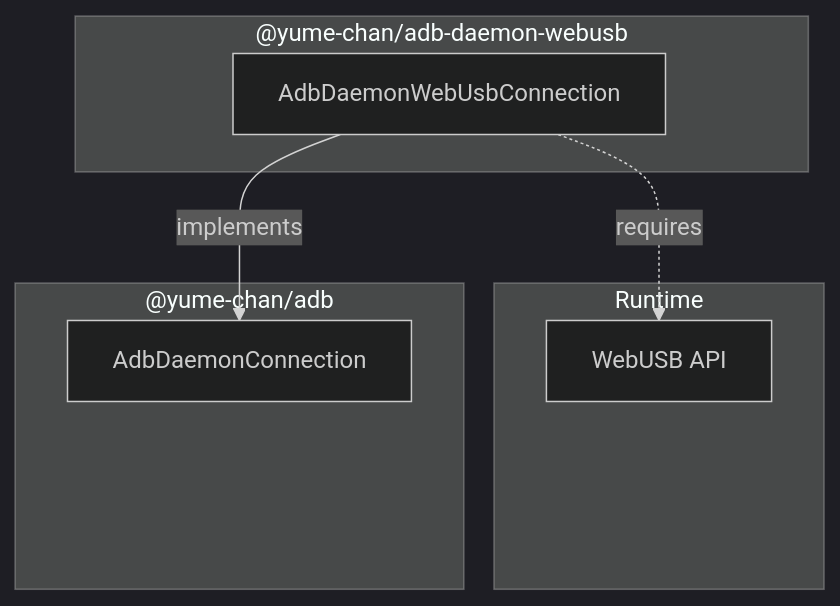
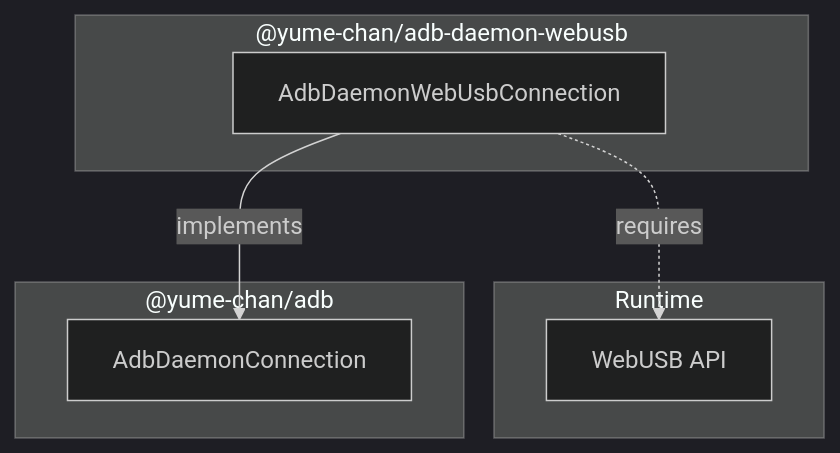
Before and after one commit to tango-adb/docs: the first of 3 diagrams in docs/tango/daemon/usb/index.mdx, drawn with Mermaid (dark theme). The commit also changed 28 other files, not shown here.

````diff
--- a/docs/tango/daemon/usb/index.mdx
+++ b/docs/tango/daemon/usb/index.mdx
@@ -8,13 +8,13 @@
 ```mermaid
 flowchart TD
     subgraph C ["Runtime"]
-        WebUSB["WebUSB API"] ~~~ WebUSB
+        WebUSB["WebUSB API"]
     end
     subgraph A ["@yume-chan/adb"]
-        AdbDaemonConnection ~~~ AdbDaemonConnection
+        AdbDaemonConnection
     end
     subgraph B ["@yume-chan/adb-daemon-webusb"]
         AdbDaemonWebUsbConnection -- implements --> AdbDaemonConnection
         AdbDaemonWebUsbConnection -. requires .-> WebUSB
     end
 ```
````
